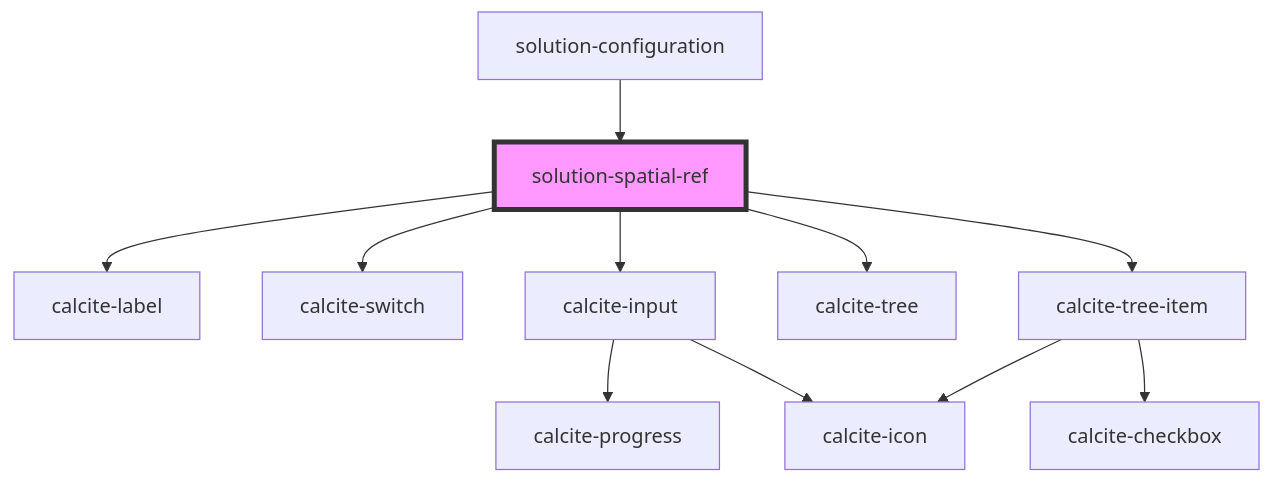
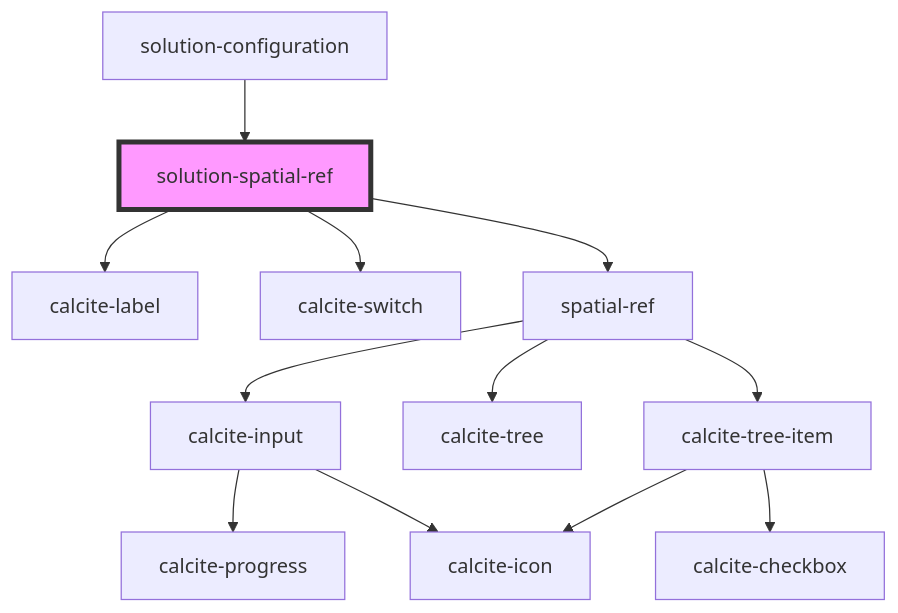
Before and after one commit to Esri/solutions-components: the diagram in src/components/solution-spatial-ref/readme.md, drawn with Mermaid. The commit also changed other lines of this file and 14 other files, not shown here.

Commit message:
Update solution-spatial-ref

````diff
--- a/src/components/solution-spatial-ref/readme.md
+++ b/src/components/solution-spatial-ref/readme.md
@@ -76,14 +38,15 @@
 ```mermaid
 graph TD;
   solution-spatial-ref --> calcite-label
   solution-spatial-ref --> calcite-switch
-  solution-spatial-ref --> calcite-input
-  solution-spatial-ref --> calcite-tree
-  solution-spatial-ref --> calcite-tree-item
+  solution-spatial-ref --> spatial-ref
+  spatial-ref --> calcite-input
+  spatial-ref --> calcite-tree
+  spatial-ref --> calcite-tree-item
   calcite-input --> calcite-progress
   calcite-input --> calcite-icon
   calcite-tree-item --> calcite-icon
   calcite-tree-item --> calcite-checkbox
   solution-configuration --> solution-spatial-ref
   style solution-spatial-ref fill:#f9f,stroke:#333,stroke-width:4px
 ```
````
